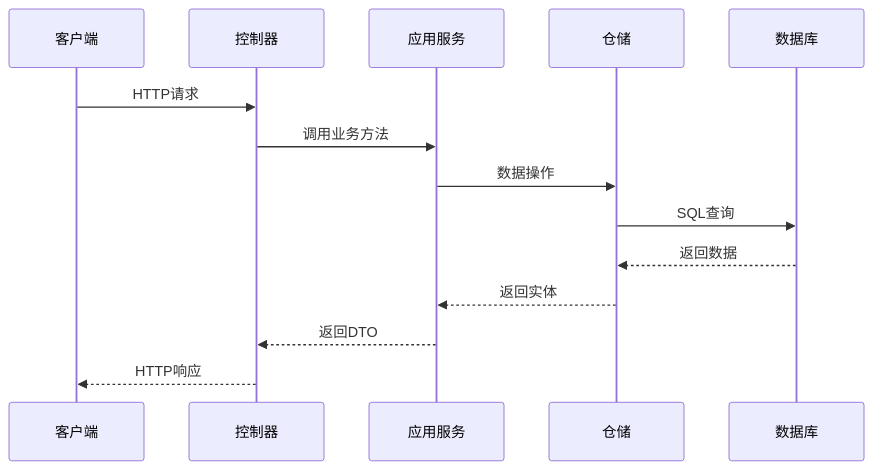
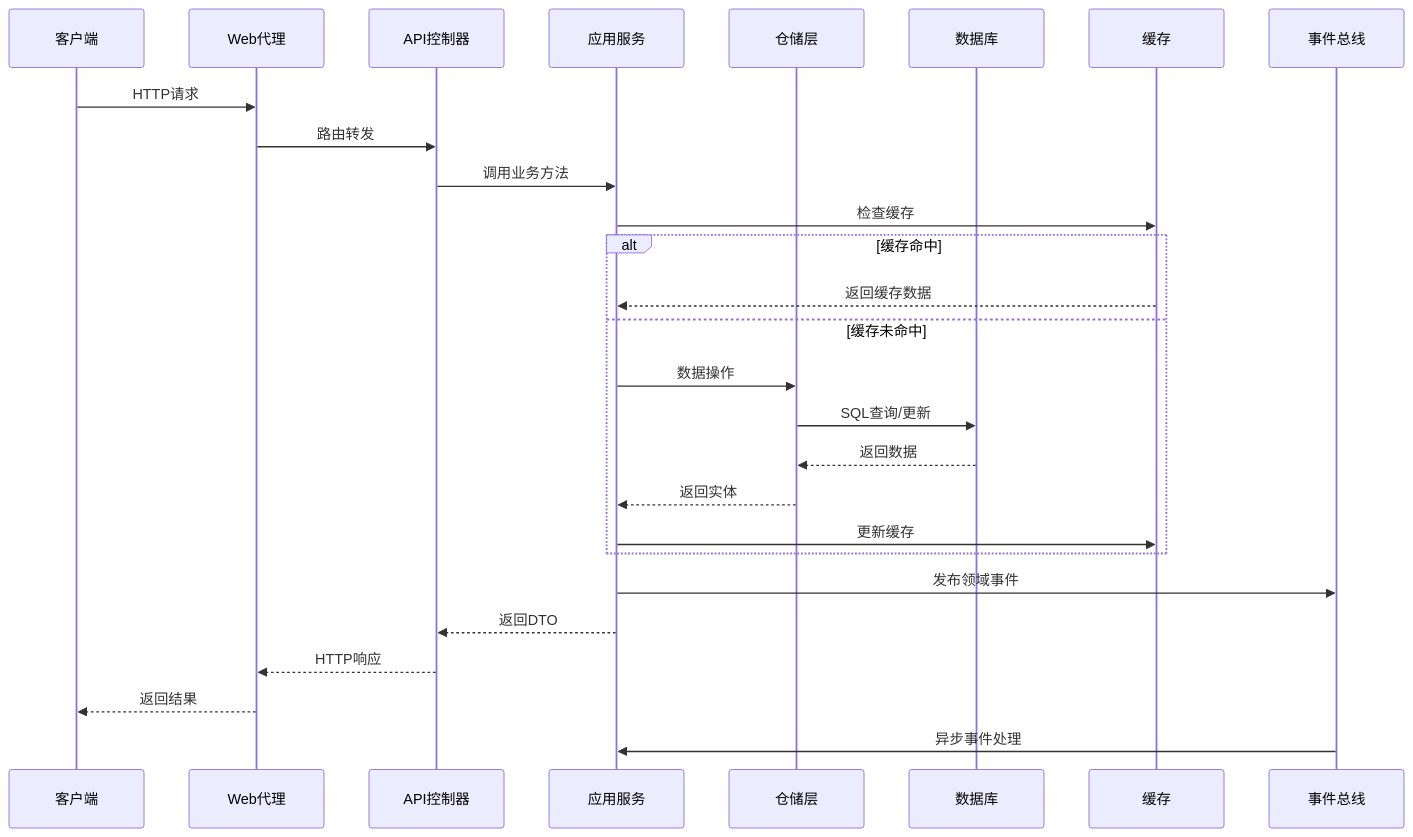
Before and after one commit to jianyuyanyu/CodeSpirit: the second of 3 diagrams in Docs/01-Core-Docs/项目整体架构设计.md, drawn with Mermaid. The commit also changed other lines of this file and 219 other files, not shown here.

Commit message:
完善项目架构文档 升级Amis 优化图片字段匹配

````diff
--- a/Docs/01-Core-Docs/项目整体架构设计.md
+++ b/Docs/01-Core-Docs/项目整体架构设计.md
@@ -209,17 +326,31 @@
 ```mermaid
 sequenceDiagram
     participant Client as 客户端
-    participant Controller as 控制器
+    participant Gateway as Web代理
+    participant Controller as API控制器
     participant Service as 应用服务
-    participant Repository as 仓储
+    participant Repository as 仓储层
     participant DB as 数据库
+    participant Cache as 缓存
+    participant EventBus as 事件总线
     
-    Client->>Controller: HTTP请求
+    Client->>Gateway: HTTP请求
+    Gateway->>Controller: 路由转发
     Controller->>Service: 调用业务方法
-    Service->>Repository: 数据操作
-    Repository->>DB: SQL查询
-    DB-->>Repository: 返回数据
-    Repository-->>Service: 返回实体
+    Service->>Cache: 检查缓存
+    alt 缓存命中
+        Cache-->>Service: 返回缓存数据
+    else 缓存未命中
+        Service->>Repository: 数据操作
+        Repository->>DB: SQL查询/更新
+        DB-->>Repository: 返回数据
+        Repository-->>Service: 返回实体
+        Service->>Cache: 更新缓存
+    end
+    Service->>EventBus: 发布领域事件
     Service-->>Controller: 返回DTO
-    Controller-->>Client: HTTP响应
+    Controller-->>Gateway: HTTP响应
+    Gateway-->>Client: 返回结果
+    
+    EventBus->>Service: 异步事件处理
 ```
````
